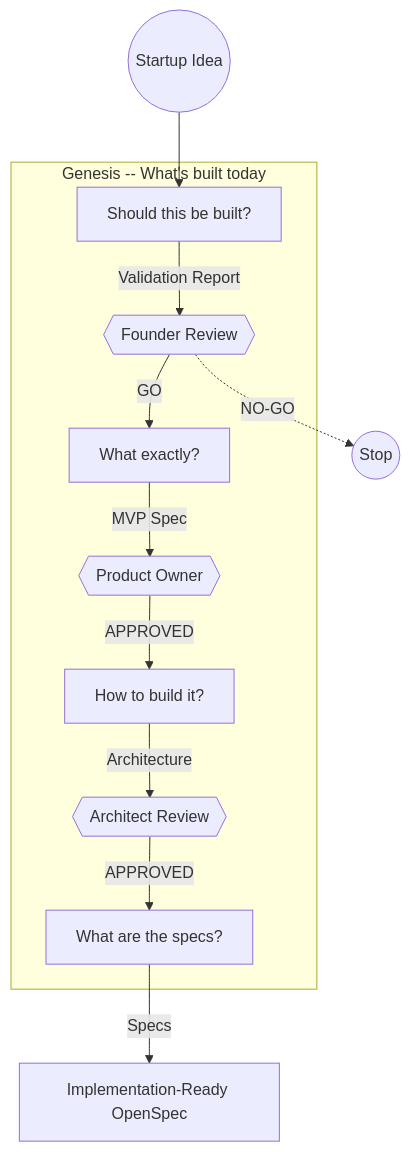
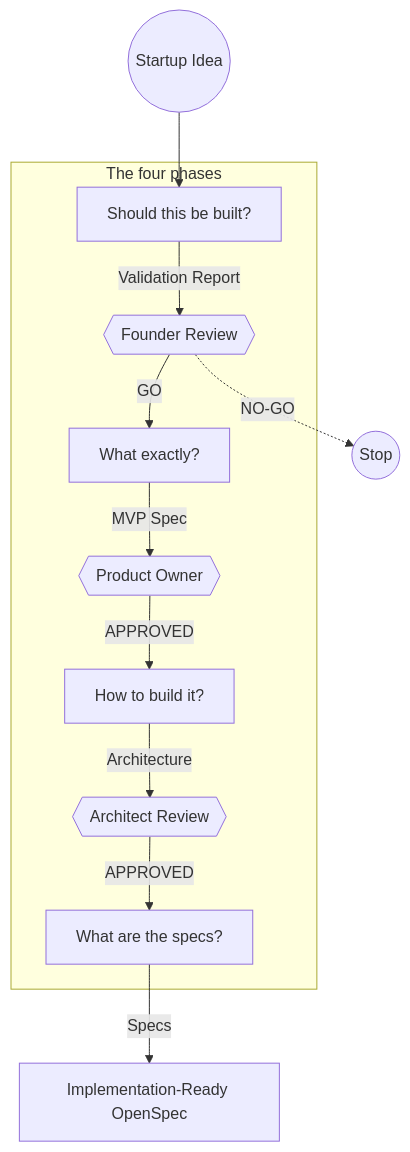
The diagram in docs/index.md (arslan70/haytham), drawn with Mermaid before and after one commit. The commit also changed other lines of this file and 1 other file, not shown here.

````diff
--- a/docs/index.md
+++ b/docs/index.md
@@ -54,18 +57,18 @@
 ```mermaid
 flowchart TD
     idea(("Startup Idea"))
 
     idea --> P1
 
-    subgraph genesis["Genesis -- What's built today"]
+    subgraph phases["The four phases"]
         P1["Should this be built?"] -->|Validation Report| G1{{"Founder Review"}}
         G1 -->|GO| P2["What exactly?"]
         P2 -->|MVP Spec| G2{{"Product Owner"}}
         G2 -->|APPROVED| P3["How to build it?"]
         P3 -->|Architecture| G3{{"Architect Review"}}
         G3 -->|APPROVED| P4["What are the specs?"]
     end
 
     G1 -.->|NO-GO| stop(("Stop"))
     P4 -->|Specs| openspec["Implementation-Ready OpenSpec"]
 ```
````
